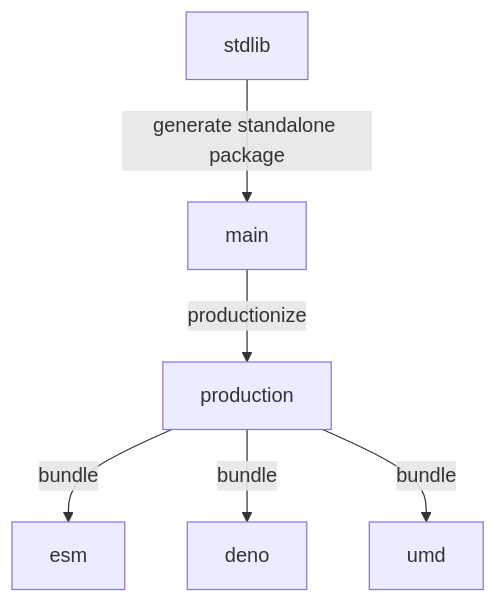
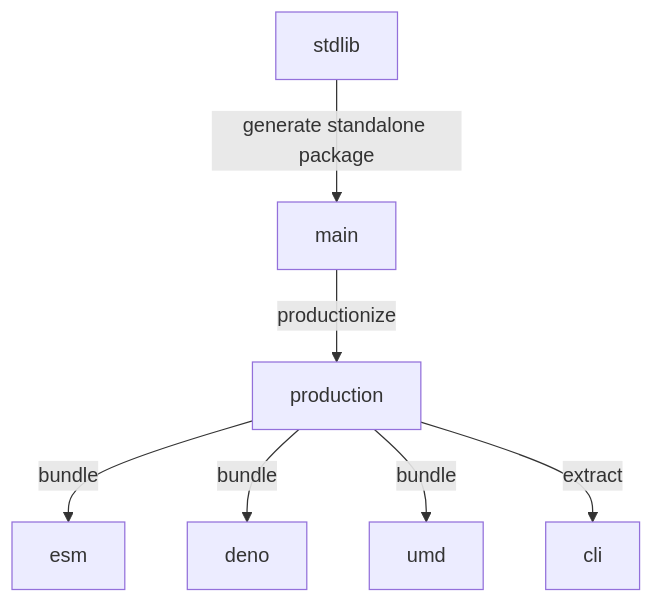
One commit to stdlib-js/random-streams-uniform changed the diagram in branches.md. Above: the diagram before and after it, drawn with Mermaid. The commit also changed other lines of this file and 11 other files, not shown here.

````diff
--- a/branches.md
+++ b/branches.md
@@ -33,15 +34,17 @@
 ```mermaid
 graph TD;
 A[stdlib]-->|generate standalone package|B;
 B[main] -->|productionize| C[production];
 C -->|bundle| D[esm];
 C -->|bundle| E[deno];
 C -->|bundle| F[umd];
+C -->|extract| G[cli];
 
-click A href "https://github.com/stdlib-js/stdlib/tree/develop/lib/node_modules/%40stdlib/random/streams/uniform"
-click B href "https://github.com/stdlib-js/random-streams-uniform/tree/main"
-click C href "https://github.com/stdlib-js/random-streams-uniform/tree/production"
-click D href "https://github.com/stdlib-js/random-streams-uniform/tree/esm"
-click E href "https://github.com/stdlib-js/random-streams-uniform/tree/deno"
-click F href "https://github.com/stdlib-js/random-streams-uniform/tree/umd"
+%% click A href "https://github.com/stdlib-js/stdlib/tree/develop/lib/node_modules/%40stdlib/random/streams/uniform"
+%% click B href "https://github.com/stdlib-js/random-streams-uniform/tree/main"
+%% click C href "https://github.com/stdlib-js/random-streams-uniform/tree/production"
+%% click D href "https://github.com/stdlib-js/random-streams-uniform/tree/esm"
+%% click E href "https://github.com/stdlib-js/random-streams-uniform/tree/deno"
+%% click F href "https://github.com/stdlib-js/random-streams-uniform/tree/umd"
+%% click G href "https://github.com/stdlib-js/random-streams-uniform/tree/cli"
 ```
````
